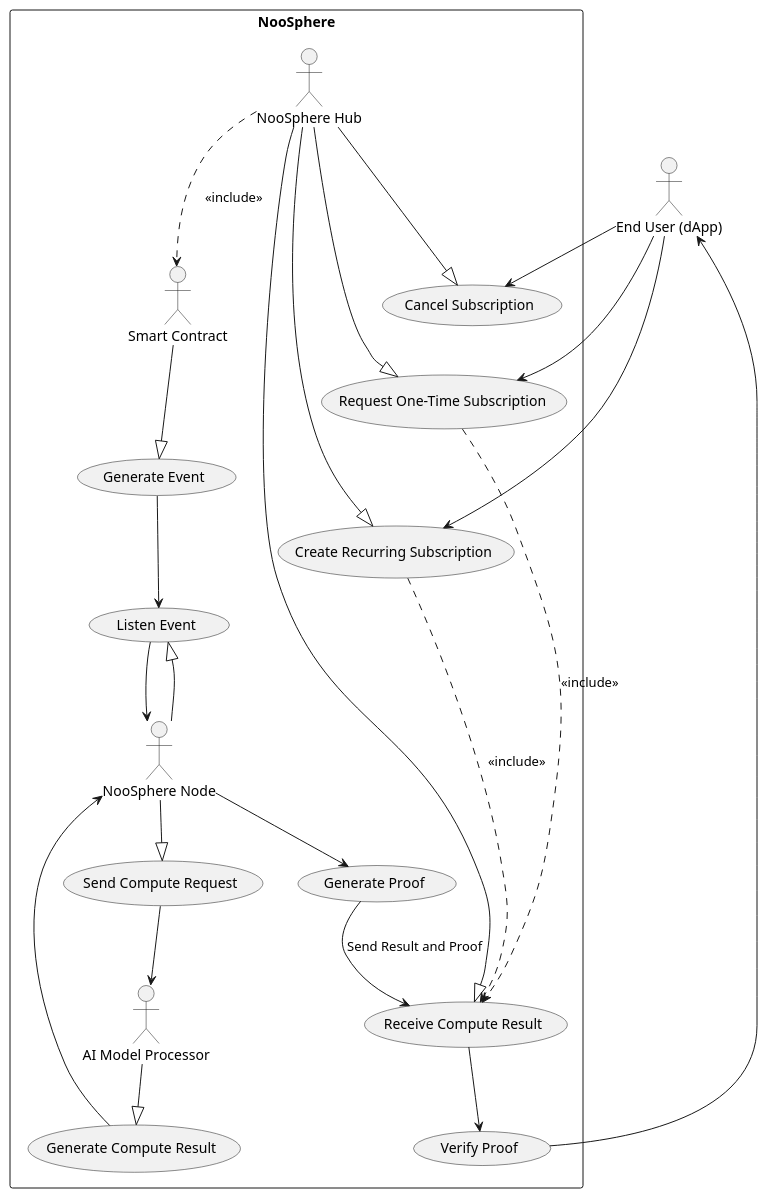
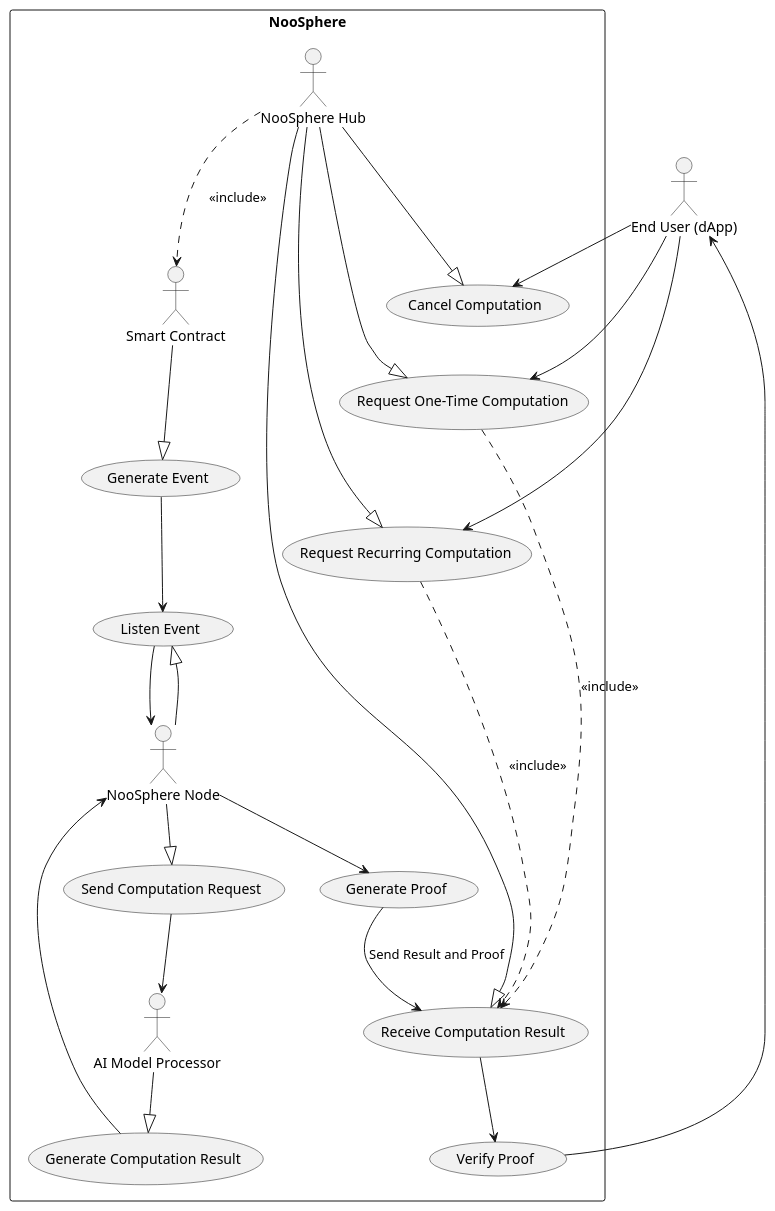
Before and after one commit to hpp-io/noosphere: the diagram in NooSphere_Use_Case_2.puml, drawn with PlantUML. The commit also changed 1 other file, not shown here.

Commit message:
HPP-14, HPP-1 added use case diagram

```diff
--- a/NooSphere_Use_Case_2.puml
+++ b/NooSphere_Use_Case_2.puml
@@ -1,62 +1,62 @@
 @startuml
 top to bottom direction
 
 actor "End User (dApp)" as User
 
 rectangle "NooSphere" {
   actor "NooSphere Hub" as Hub
   actor "Smart Contract" as Contract
   actor "NooSphere Node" as Node
   actor "AI Model Processor" as CNode
 
-  usecase "Request One-Time Subscription" as UC1
-  usecase "Create Recurring Subscription" as UC2
-  usecase "Cancel Subscription" as UC3
-  usecase "Receive Compute Result" as UC4
-  usecase "Send Compute Request" as UC5
+  usecase "Request One-Time Computation" as UC1
+  usecase "Request Recurring Computation" as UC2
+  usecase "Cancel Computation" as UC3
+  usecase "Receive Computation Result" as UC4
+  usecase "Send Computation Request" as UC5
   usecase "Generate Event" as UC7
   usecase "Listen Event" as UC8
-  usecase "Generate Compute Result" as UC9
+  usecase "Generate Computation Result" as UC9
   usecase "Generate Proof" as UC10
   usecase "Verify Proof" as UC11
 }
 
 User --> UC1
 User --> UC2
 User --> UC3
 
 Hub --|> UC1
 Hub --|> UC2
 Hub --|> UC3
 Hub --|> UC4
 Node --|> UC5
 UC7 --> UC8
 Contract --|> UC7
 Node --|> UC8
 UC8 --> Node
 
 
 'Contract --|> UC1
 'Contract --|> UC2
 'Contract --|> UC3
 'Contract --|> UC4
 
 UC1 ..> UC4 : <<include>>
 UC2 ..> UC4 : <<include>>
 Hub ..> Contract : <<include>>
 
 CNode --|> UC9
 'CNode ..> UC9 : <<delivers>>
 'UC6 ..> UC9 : <<delivers>>
 UC9 --> Node
 
 UC5 --> CNode
 
 Node --> UC10
 UC10 --> UC4 : Send Result and Proof
 
 UC4 --> UC11
 
 UC11 --> User
 
 @enduml
```
